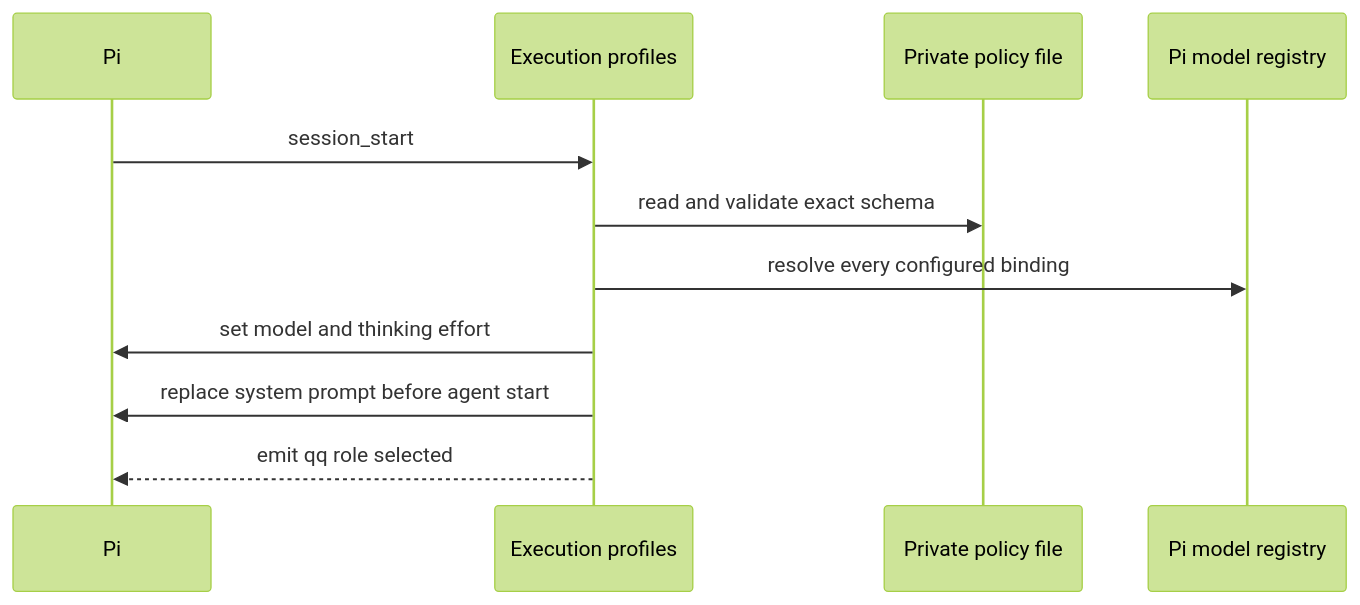
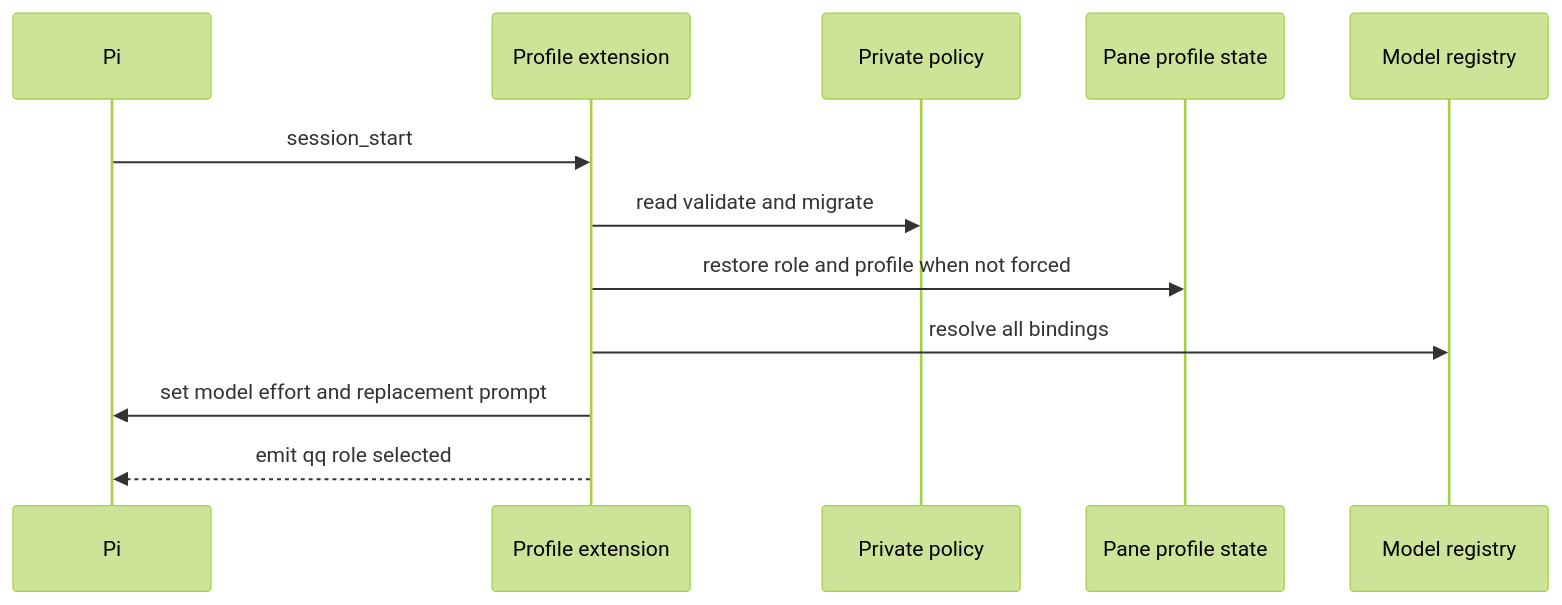
One commit to hypermemetic-ai/qq changed the diagram in openwiki/agent-runtime/execution-profiles.md. Above: the diagram before and after it, drawn with Mermaid (forest theme). The commit also changed other lines of this file and 14 other files, not shown here.

````diff
--- a/openwiki/agent-runtime/execution-profiles.md
+++ b/openwiki/agent-runtime/execution-profiles.md
@@ -26,13 +34,14 @@
 ```mermaid
 sequenceDiagram
     participant Pi
-    participant Profiles as Execution profiles
-    participant Policy as Private policy file
-    participant Registry as Pi model registry
+    participant Profiles as Profile extension
+    participant Policy as Private policy
+    participant Pane as Pane profile state
+    participant Registry as Model registry
     Pi->>Profiles: session_start
-    Profiles->>Policy: read and validate exact schema
-    Profiles->>Registry: resolve every configured binding
-    Profiles->>Pi: set model and thinking effort
-    Profiles->>Pi: replace system prompt before agent start
+    Profiles->>Policy: read validate and migrate
+    Profiles->>Pane: restore role and profile when not forced
+    Profiles->>Registry: resolve all bindings
+    Profiles->>Pi: set model effort and replacement prompt
     Profiles-->>Pi: emit qq role selected
 ```
````
